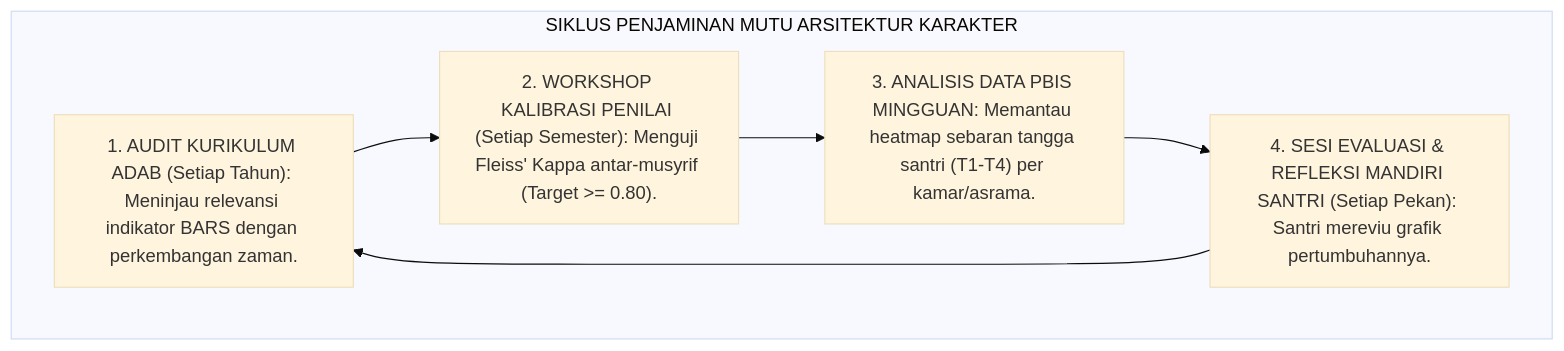
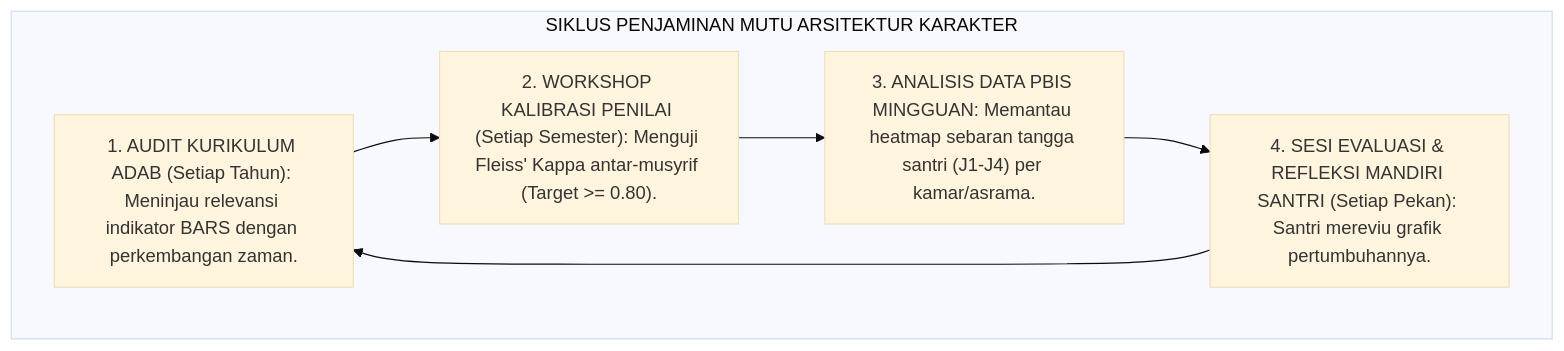
The fourth of 4 diagrams in 03 Capacity Framework/02 Character Architecture/P3-02-06-Sintesis-Character-Architecture-TUMBUH.md (wandiapriliyandi/tumbuh), drawn with Mermaid (base theme) before and after one commit. The commit also changed other lines of this file and 209 other files, not shown here.

````diff
--- a/03 Capacity Framework/02 Character Architecture/P3-02-06-Sintesis-Character-Architecture-TUMBUH.md
+++ b/03 Capacity Framework/02 Character Architecture/P3-02-06-Sintesis-Character-Architecture-TUMBUH.md
@@ -160,14 +160,14 @@
 ```mermaid
 flowchart TD
     subgraph SiklusPenjaminanMutuArsitekturKarakter["SIKLUS PENJAMINAN MUTU ARSITEKTUR KARAKTER"]
         AuditKurikulum["1. AUDIT KURIKULUM ADAB (Setiap Tahun): Meninjau relevansi indikator BARS dengan perkembangan zaman."]
         
         KalibrasiMusyrif["2. WORKSHOP KALIBRASI PENILAI (Setiap Semester): Menguji Fleiss' Kappa antar-musyrif (Target >= 0.80)."]
         
-        AnalisisDataPBIS["3. ANALISIS DATA PBIS MINGGUAN: Memantau heatmap sebaran tangga santri (T1-T4) per kamar/asrama."]
+        AnalisisDataPBIS["3. ANALISIS DATA PBIS MINGGUAN: Memantau heatmap sebaran tangga santri (J1-J4) per kamar/asrama."]
         
         RefleksiSantri["4. SESI EVALUASI & REFLEKSI MANDIRI SANTRI (Setiap Pekan): Santri mereviu grafik pertumbuhannya."]
         
         AuditKurikulum --> KalibrasiMusyrif --> AnalisisDataPBIS --> RefleksiSantri --> AuditKurikulum
     end
 ```
````
